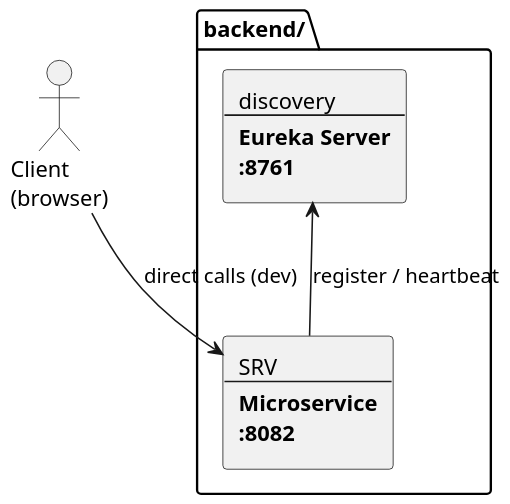
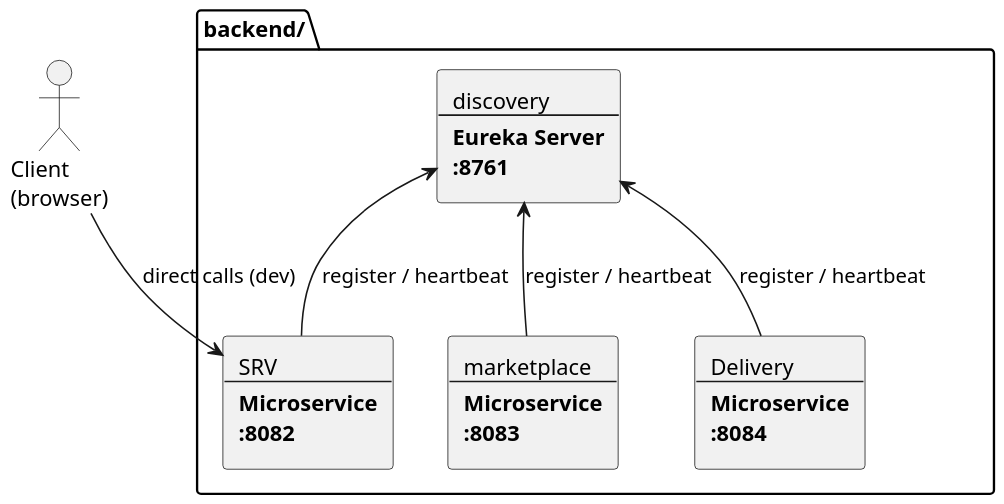
The diagram in documentation/diag/architecture.puml (TheSphynxoid/AWD-EspritMarket), drawn with PlantUML before and after one commit. The commit also changed 29 other files, not shown here.

```diff
--- a/documentation/diag/architecture.puml
+++ b/documentation/diag/architecture.puml
@@ -1,21 +1,27 @@
 @startuml architecture
 
 skinparam dpi 150
 skinparam shadowing false
 skinparam componentStyle rectangle
 skinparam defaultFontName "Segoe UI"
 
 actor "Client\n(browser)" as Client
 
 package "backend/" {
 
   rectangle "discovery\n----\n**Eureka Server**\n**:8761**" as EU
 
   rectangle "SRV\n----\n**Microservice**\n**:8082**" as SRV
+
+  rectangle "marketplace\n----\n**Microservice**\n**:8083**" as MKT
+
+  rectangle "Delivery\n----\n**Microservice**\n**:8084**" as DEL
 }
 
 SRV -up-> EU : register / heartbeat
+MKT -up-> EU : register / heartbeat
+DEL -up-> EU : register / heartbeat
 
 Client -down-> SRV : direct calls (dev)
 
 @enduml
```
